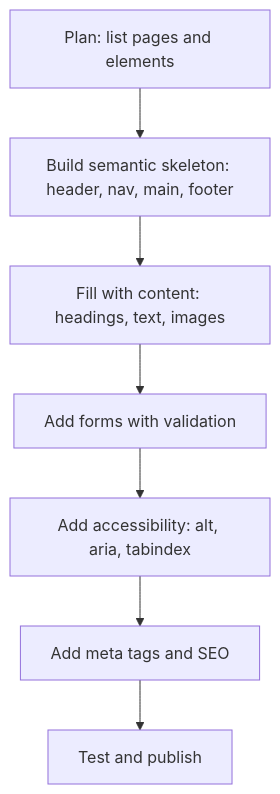
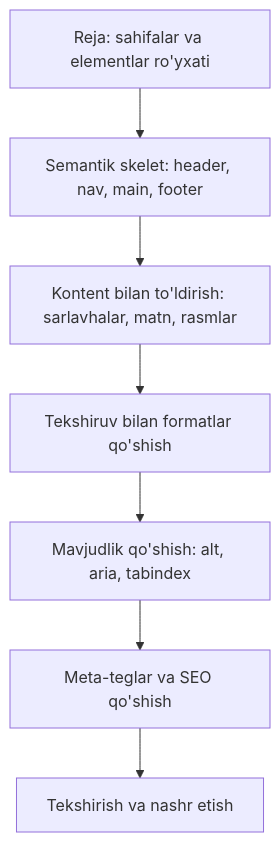
Before and after one commit to JLearn-space/HTML: the first of 2 diagrams in Lesson-10/uz/Yakuniy loyiha rejalashtirishdan nashr etishgacha.md, drawn with Mermaid. The commit also changed other lines of this file and 12 other files, not shown here.

Commit message:
Fix typos, broken markdown, Mermaid diagrams, localize RU/UZ labels, rename mixed-script filename

````diff
--- a/Lesson-10/uz/Yakuniy loyiha rejalashtirishdan nashr etishgacha.md
+++ b/Lesson-10/uz/Yakuniy loyiha rejalashtirishdan nashr etishgacha.md
@@ -73,9 +73,9 @@
 ```mermaid
 flowchart TD
-    A["Plan: list pages and elements"] --> B["Build semantic skeleton: header, nav, main, footer"]
-    B --> C["Fill with content: headings, text, images"]
-    C --> D["Add forms with validation"]
-    D --> E["Add accessibility: alt, aria, tabindex"]
-    E --> F["Add meta tags and SEO"]
-    F --> G["Test and publish"]
+    A["Reja: sahifalar va elementlar ro'yxati"] --> B["Semantik skelet: header, nav, main, footer"]
+    B --> C["Kontent bilan to'ldirish: sarlavhalar, matn, rasmlar"]
+    C --> D["Tekshiruv bilan formatlar qo'shish"]
+    D --> E["Mavjudlik qo'shish: alt, aria, tabindex"]
+    E --> F["Meta-teglar va SEO qo'shish"]
+    F --> G["Tekshirish va nashr etish"]
 ```
````
